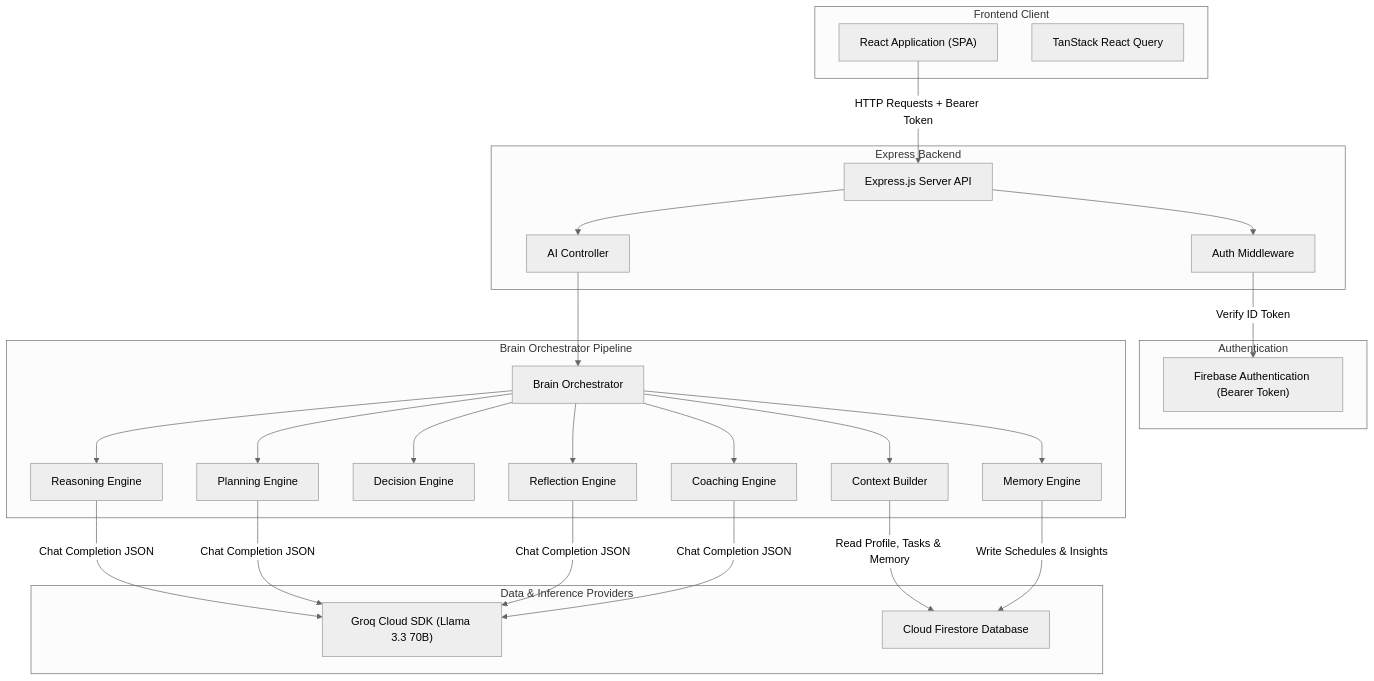
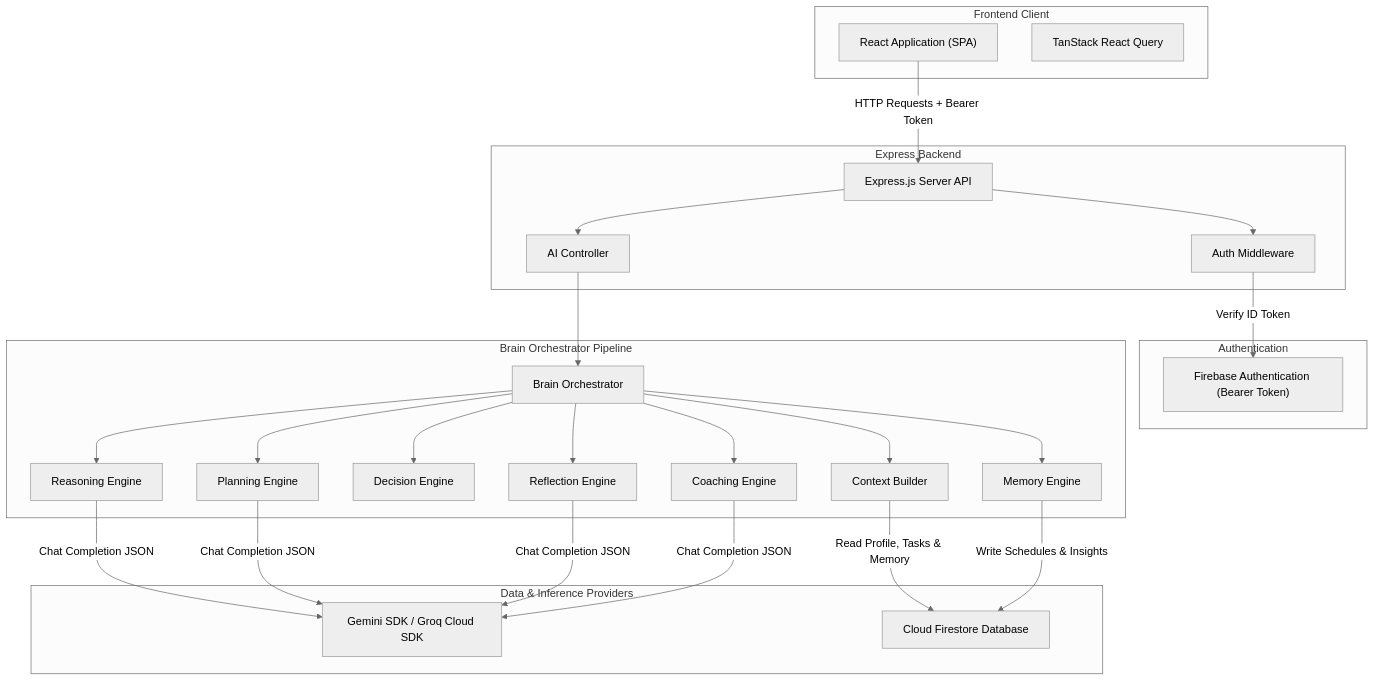
Before and after one commit to Nitish-0710/vibe2ship-momentum: the first of 7 diagrams in README.md, drawn with Mermaid (neutral theme). The commit also changed other lines of this file and 5 other files, not shown here.

Commit message:
feat: implement dual-provider LLM architecture supporting Gemini and Groq

````diff
--- a/README.md
+++ b/README.md
@@ -84,52 +84,52 @@
 ```mermaid
 graph TD
     subgraph Frontend Client
         React["React Application (SPA)"]
         QueryClient["TanStack React Query"]
     end
 
     subgraph Authentication
         FirebaseAuth["Firebase Authentication (Bearer Token)"]
     end
 
     subgraph Express Backend
         API["Express.js Server API"]
         Middleware["Auth Middleware"]
         Controller["AI Controller"]
     end
 
     subgraph Brain Orchestrator Pipeline
         Orchestrator["Brain Orchestrator"]
         Context["Context Builder"]
         Reasoning["Reasoning Engine"]
         Decision["Decision Engine"]
         Planning["Planning Engine"]
         Reflection["Reflection Engine"]
         Coaching["Coaching Engine"]
         Memory["Memory Engine"]
     end
 
     subgraph Data & Inference Providers
-        Groq["Groq Cloud SDK (Llama 3.3 70B)"]
+        LLM["Gemini SDK / Groq Cloud SDK"]
         Firestore["Cloud Firestore Database"]
     end
 
     React -->|HTTP Requests + Bearer Token| API
     API --> Middleware
     Middleware -->|Verify ID Token| FirebaseAuth
     API --> Controller
     Controller --> Orchestrator
     Orchestrator --> Context
     Context -->|Read Profile, Tasks & Memory| Firestore
     Orchestrator --> Reasoning
-    Reasoning -->|Chat Completion JSON| Groq
+    Reasoning -->|Chat Completion JSON| LLM
     Orchestrator --> Decision
     Orchestrator --> Planning
-    Planning -->|Chat Completion JSON| Groq
+    Planning -->|Chat Completion JSON| LLM
     Orchestrator --> Reflection
-    Reflection -->|Chat Completion JSON| Groq
+    Reflection -->|Chat Completion JSON| LLM
     Orchestrator --> Coaching
-    Coaching -->|Chat Completion JSON| Groq
+    Coaching -->|Chat Completion JSON| LLM
     Orchestrator --> Memory
     Memory -->|Write Schedules & Insights| Firestore
 ```
````
